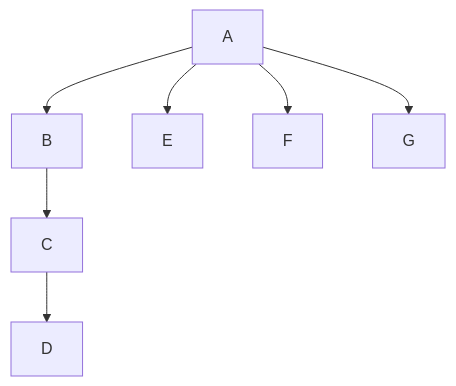
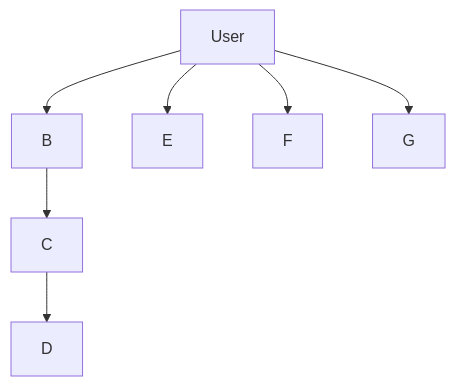
The diagram in readme.md (Jonathanngamboe/g-09-gpteam), drawn with Mermaid before and after one commit.

````diff
--- a/readme.md
+++ b/readme.md
@@ -14,9 +14,9 @@
 ```mermaid
 graph TD;
-    A --> B;
+    A[User] --> B;
     B --> C;
     C --> D;
     A --> E;
     A --> F;
     A --> G;
 ```
````
